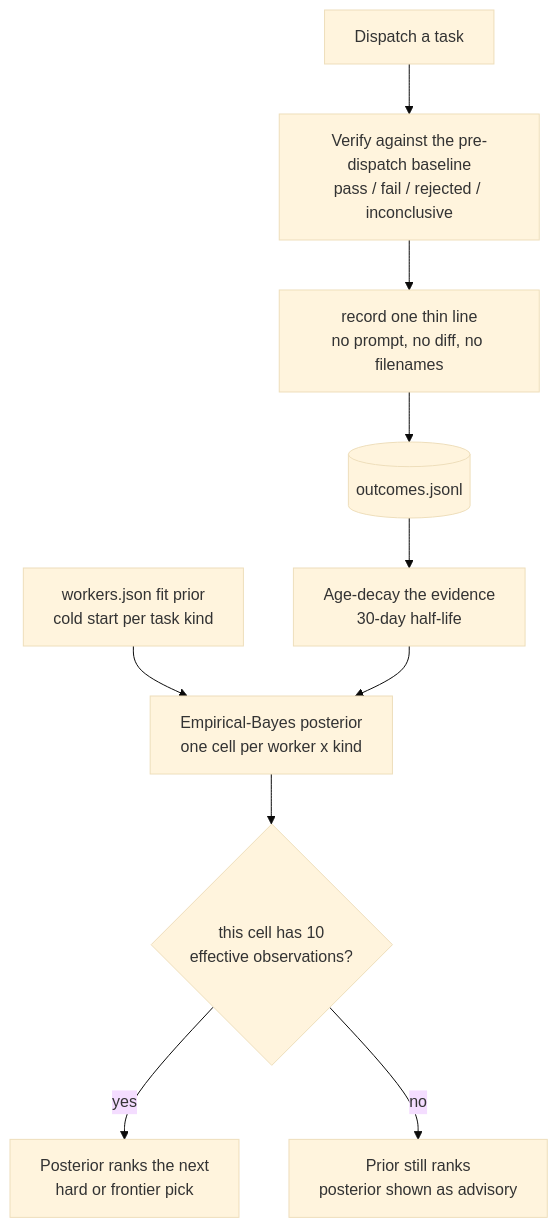
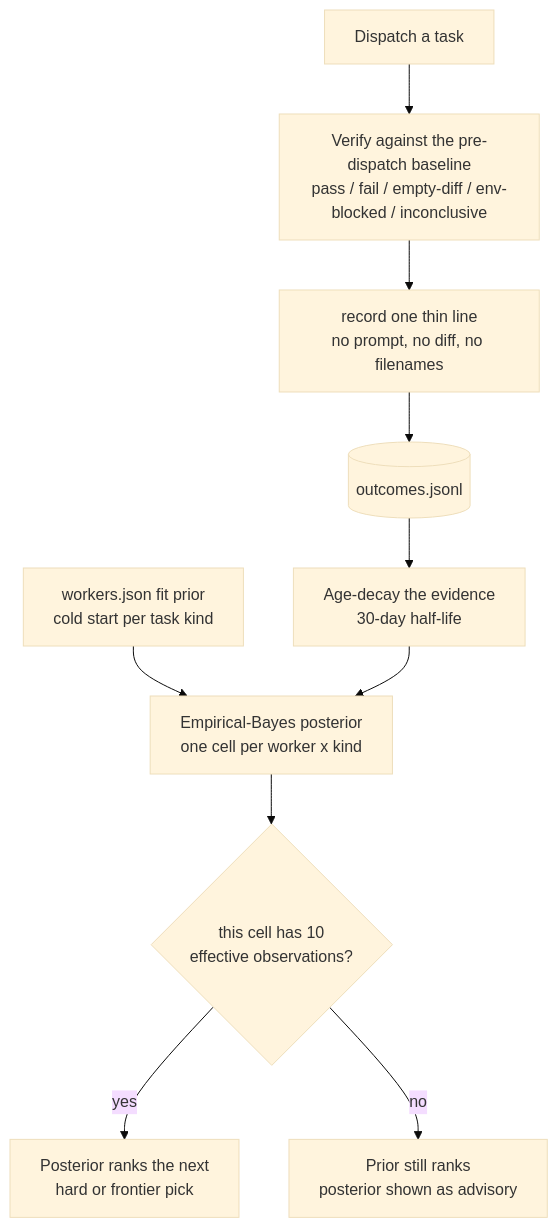
The diagram in docs/ROUTING.md (m-esm/smart-subagents), drawn with Mermaid (base theme) before and after one commit. The commit also changed 11 other files, not shown here.

````diff
--- a/docs/ROUTING.md
+++ b/docs/ROUTING.md
@@ -170,12 +170,12 @@
 ```mermaid
 flowchart TB
-    DISP["Dispatch a task"] --> VERIFY["Verify against the pre-dispatch baseline<br/>pass / fail / rejected / inconclusive"]
+    DISP["Dispatch a task"] --> VERIFY["Verify against the pre-dispatch baseline<br/>pass / fail / empty-diff / env-blocked / inconclusive"]
     VERIFY --> REC["record one thin line<br/>no prompt, no diff, no filenames"]
     REC --> LOG[("outcomes.jsonl")]
     LOG --> DECAY["Age-decay the evidence<br/>30-day half-life"]
     PRIOR["workers.json fit prior<br/>cold start per task kind"] --> POST["Empirical-Bayes posterior<br/>one cell per worker x kind"]
     DECAY --> POST
     POST --> GATE{"this cell has 10<br/>effective observations?"}
     GATE -->|yes| USE["Posterior ranks the next<br/>hard or frontier pick"]
     GATE -->|no| ADV["Prior still ranks<br/>posterior shown as advisory"]
 ```
````
